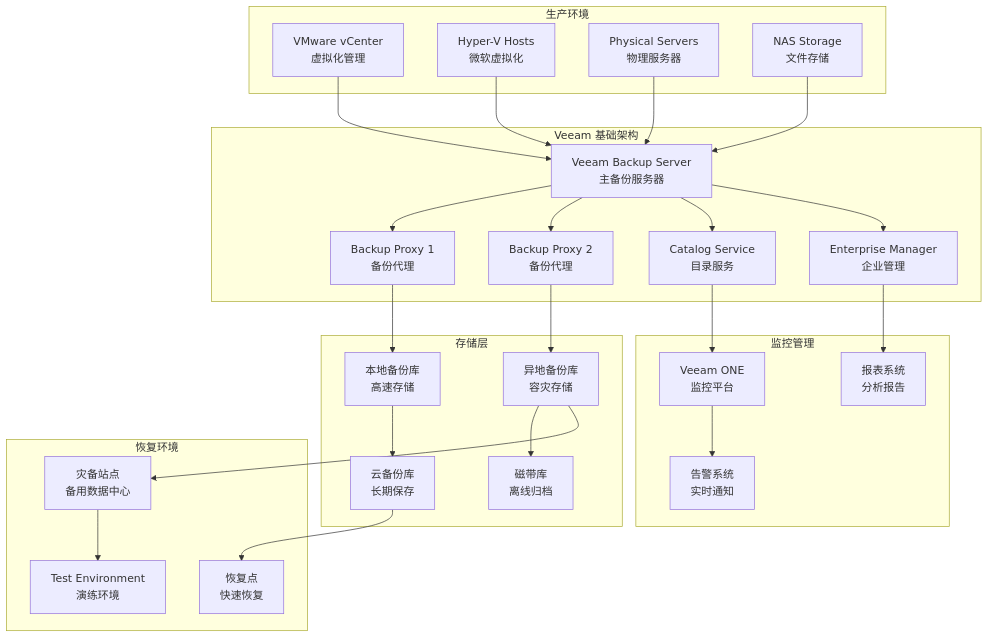
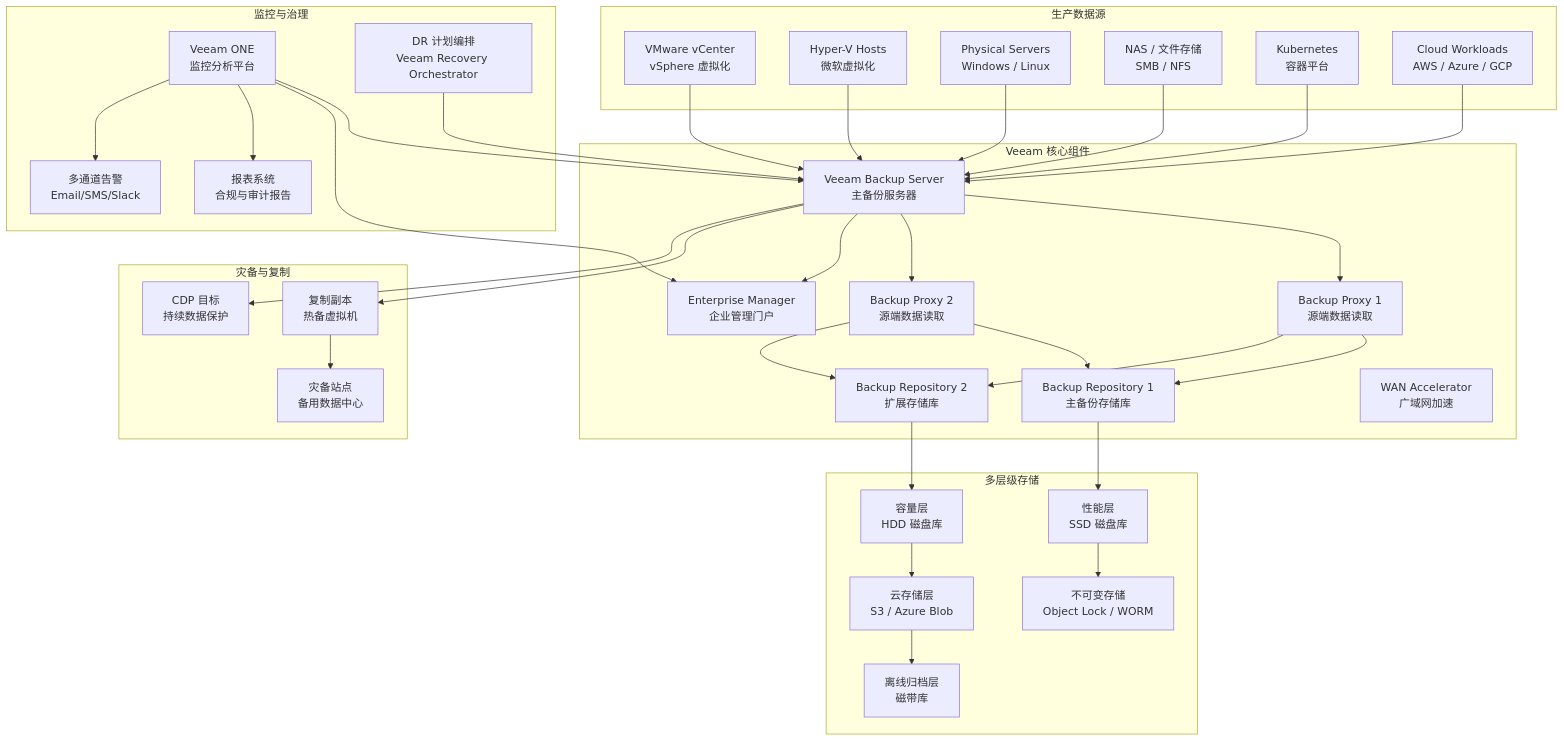
Before and after one commit to kudig-io/kudig-database: the diagram in domain-30-disaster-recovery-business-continuity/02-veeam-enterprise-backup.md, drawn with Mermaid. The commit also changed other lines of this file and 8633 other files, not shown here.

````diff
--- a/domain-30-disaster-recovery-business-continuity/02-veeam-enterprise-backup.md
+++ b/domain-30-disaster-recovery-business-continuity/02-veeam-enterprise-backup.md
@@ -86,60 +81,60 @@
 ```mermaid
 graph TB
-    subgraph "生产环境"
-        VMWARE[VMware vCenter<br/>虚拟化管理]
+    subgraph "生产数据源"
+        VMWARE[VMware vCenter<br/>vSphere 虚拟化]
         HYPERV[Hyper-V Hosts<br/>微软虚拟化]
-        PHYSICAL[Physical Servers<br/>物理服务器]
-        NAS[NAS Storage<br/>文件存储]
+        PHYSICAL[Physical Servers<br/>Windows / Linux]
+        NAS[NAS / 文件存储<br/>SMB / NFS]
+        K8S[Kubernetes<br/>容器平台]
+        CLOUD[Cloud Workloads<br/>AWS / Azure / GCP]
     end
     
-    subgraph "Veeam 基础架构"
-        BACKUP_SERVER[Veeam Backup Server<br/>主备份服务器]
-        PROXY1[Backup Proxy 1<br/>备份代理]
-        PROXY2[Backup Proxy 2<br/>备份代理]
-        CAT[Catalog Service<br/>目录服务]
-        EM[Enterprise Manager<br/>企业管理]
+    subgraph "Veeam 核心组件"
+        BRS[Veeam Backup Server<br/>主备份服务器]
+        EM[Enterprise Manager<br/>企业管理门户]
+        PROXY1[Backup Proxy 1<br/>源端数据读取]
+        PROXY2[Backup Proxy 2<br/>源端数据读取]
+        REPO1[Backup Repository 1<br/>主备份存储库]
+        REPO2[Backup Repository 2<br/>扩展存储库]
+        WAN[WAN Accelerator<br/>广域网加速]
     end
     
-    subgraph "存储层"
-        LOCAL_REPO[本地备份库<br/>高速存储]
-        OFFSITE_REPO[异地备份库<br/>容灾存储]
-        CLOUD_REPO[云备份库<br/>长期保存]
-        TAPE_LIBRARY[磁带库<br/>离线归档]
+    subgraph "多层级存储"
+        PERFORMANCE[性能层<br/>SSD 磁盘库]
+        CAPACITY[容量层<br/>HDD 磁盘库]
+        CLOUD_TIER[云存储层<br/>S3 / Azure Blob]
+        TAPE[离线归档层<br/>磁带库]
+        IMMUTABLE[不可变存储<br/>Object Lock / WORM]
     end
     
-    subgraph "监控管理"
-        ONE[Veeam ONE<br/>监控平台]
-        REPORTS[报表系统<br/>分析报告]
-        ALERTS[告警系统<br/>实时通知]
+    subgraph "灾备与复制"
+        REPLICA[复制副本<br/>热备虚拟机]
+        CDP_TARGET[CDP 目标<br/>持续数据保护]
+        DR_SITE[灾备站点<br/>备用数据中心]
     end
     
-    subgraph "恢复环境"
-        DR_SITE[灾备站点<br/>备用数据中心]
-        RECOVERY_POINT[恢复点<br/>快速恢复]
-        TEST_ENV[Test Environment<br/>演练环境]
+    subgraph "监控与治理"
+        VONE[Veeam ONE<br/>监控分析平台]
+        REPORTS[报表系统<br/>合规与审计报告]
+        ALERTS[多通道告警<br/>Email/SMS/Slack]
+        DR_PLAN[DR 计划编排<br/>Veeam Recovery Orchestrator]
     end
     
-    VMWARE --> BACKUP_SERVER
-    HYPERV --> BACKUP_SERVER
-    PHYSICAL --> BACKUP_SERVER
-    NAS --> BACKUP_SERVER
+    VMWARE & HYPERV & PHYSICAL & NAS & K8S & CLOUD --> BRS
+    BRS --> PROXY1 & PROXY2
+    PROXY1 & PROXY2 --> REPO1 & REPO2
+    BRS --> EM
     
-    BACKUP_SERVER --> PROXY1
-    BACKUP_SERVER --> PROXY2
+    REPO1 --> PERFORMANCE
+    REPO2 --> CAPACITY
+    CAPACITY --> CLOUD_TIER
+    CLOUD_TIER --> TAPE
+    PERFORMANCE --> IMMUTABLE
     
-    PROXY1 --> LOCAL_REPO
-    PROXY2 --> OFFSITE_REPO
+    BRS --> REPLICA & CDP_TARGET
+    REPLICA --> DR_SITE
     
-    LOCAL_REPO --> CLOUD_REPO
-    OFFSITE_REPO --> TAPE_LIBRARY
-    
-    BACKUP_SERVER --> CAT
-    BACKUP_SERVER --> EM
-    CAT --> ONE
-    EM --> REPORTS
-    ONE --> ALERTS
-    
-    OFFSITE_REPO --> DR_SITE
-    CLOUD_REPO --> RECOVERY_POINT
-    DR_SITE --> TEST_ENV
+    VONE --> BRS & EM
+    VONE --> REPORTS & ALERTS
+    DR_PLAN --> BRS
 ```
````
